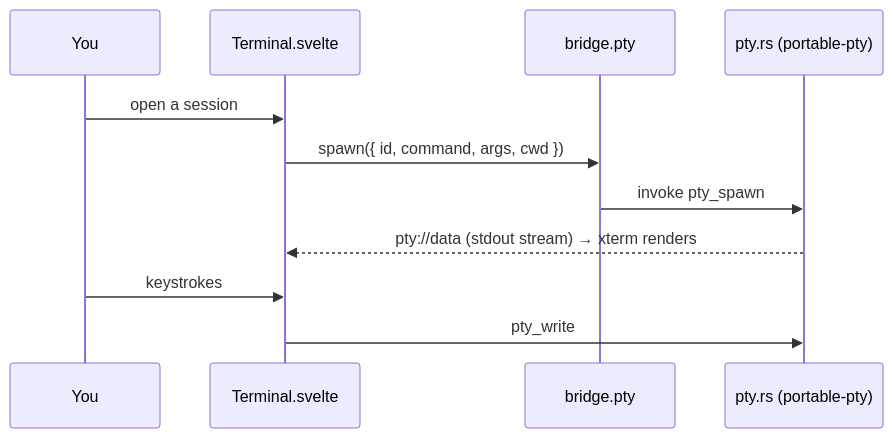
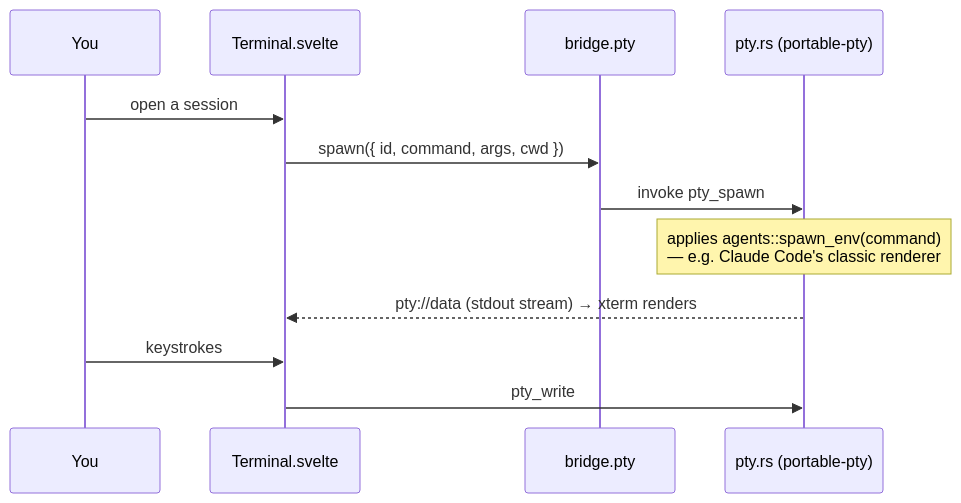
One commit to avi12/pade changed the third of 4 diagrams in ARCHITECTURE.md. Above: the diagram before and after it, drawn with Mermaid. The commit also changed other lines of this file and 2 other files, not shown here.

````diff
--- a/ARCHITECTURE.md
+++ b/ARCHITECTURE.md
@@ -69,13 +69,14 @@
 ```mermaid
 sequenceDiagram
   participant You
   participant T as Terminal.svelte
   participant B as bridge.pty
   participant R as pty.rs (portable-pty)
   You->>T: open a session
   T->>B: spawn({ id, command, args, cwd })
   B->>R: invoke pty_spawn
+  Note over R: applies agents::spawn_env(command)<br/>— e.g. Claude Code's classic renderer
   R-->>T: pty://data (stdout stream) → xterm renders
   You->>T: keystrokes
   T->>R: pty_write
 ```
````
